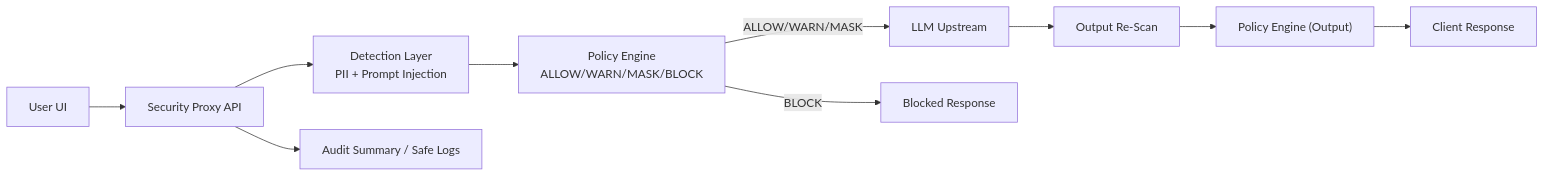
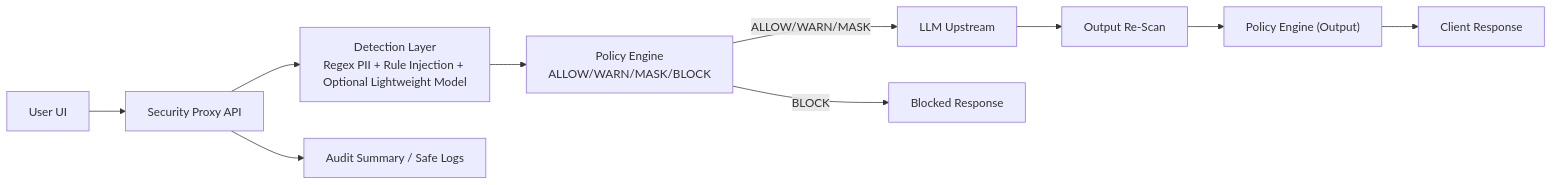
The diagram in README.md (treasonking/Capstone_Design), drawn with Mermaid before and after one commit. The commit also changed other lines of this file and 11 other files, not shown here.

````diff
--- a/README.md
+++ b/README.md
@@ -85,12 +95,12 @@
 ```mermaid
 flowchart LR
     U["User UI"] --> P["Security Proxy API"]
-    P --> D["Detection Layer<br/>PII + Prompt Injection"]
+    P --> D["Detection Layer<br/>Regex PII + Rule Injection + Optional Lightweight Model"]
     D --> E["Policy Engine<br/>ALLOW/WARN/MASK/BLOCK"]
     E -->|ALLOW/WARN/MASK| L["LLM Upstream"]
     E -->|BLOCK| X["Blocked Response"]
     L --> O["Output Re-Scan"]
     O --> E2["Policy Engine (Output)"]
     E2 --> R["Client Response"]
     P --> A["Audit Summary / Safe Logs"]
 ```
````
